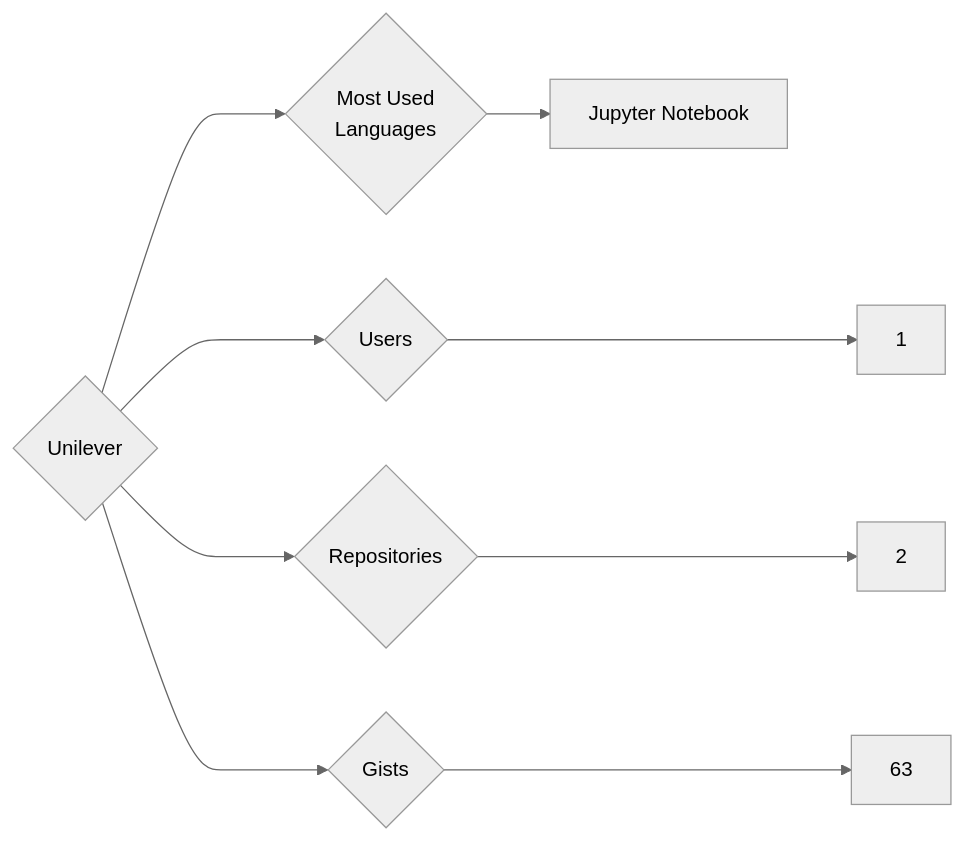
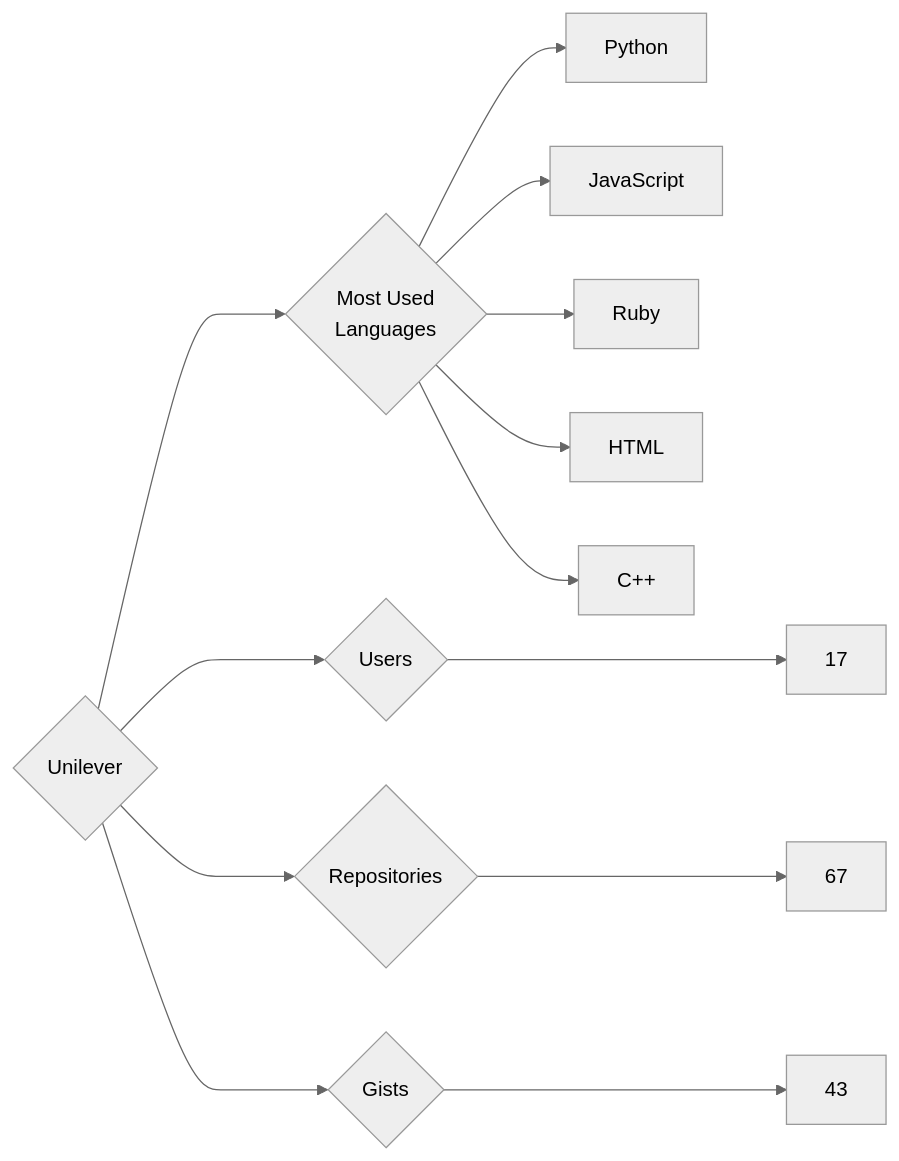
One commit to trickest/insiders changed the diagram in targets/Unilever/README.md. Above: the diagram before and after it, drawn with Mermaid (neutral theme). The commit also changed 965 other files, not shown here.

````diff
--- a/targets/Unilever/README.md
+++ b/targets/Unilever/README.md
@@ -3,9 +3,13 @@
 ```mermaid
 graph LR
 COMPANY_NAME{Unilever}
-COMPANY_NAME ---> U{Users} ---> UN[1]
-COMPANY_NAME ---> R{Repositories} ---> RN[2]
-COMPANY_NAME ---> G{Gists} ---> GN[63]
+COMPANY_NAME ---> U{Users} ---> UN[17]
+COMPANY_NAME ---> R{Repositories} ---> RN[67]
+COMPANY_NAME ---> G{Gists} ---> GN[43]
 COMPANY_NAME ---> ML{Most Used<br>Languages}
-ML --> Jupyter_Notebook[Jupyter Notebook]
+ML --> Python[Python]
+ML --> JavaScript[JavaScript]
+ML --> Ruby[Ruby]
+ML --> HTML[HTML]
+ML --> C++[C++]
 ```
````
